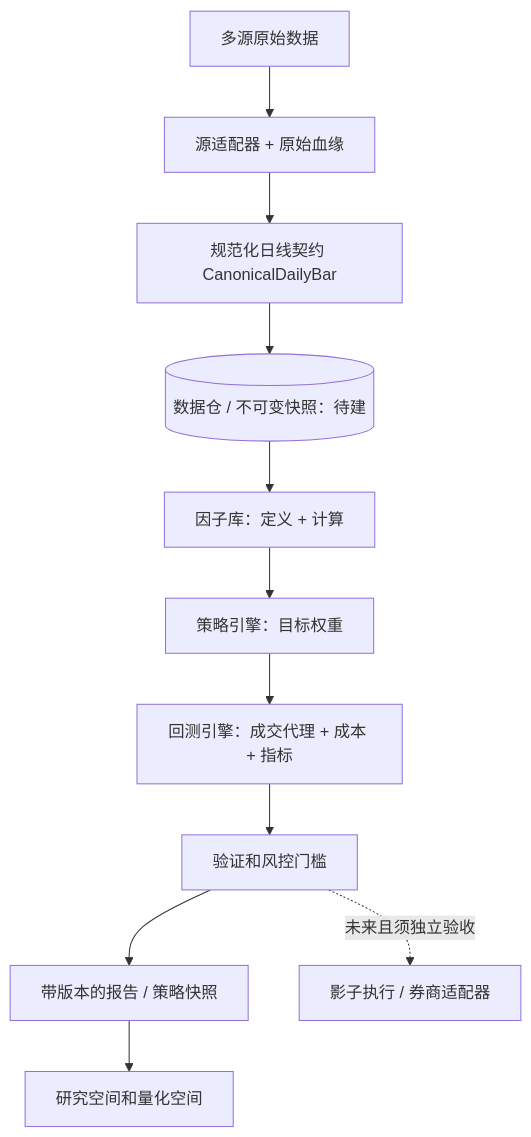
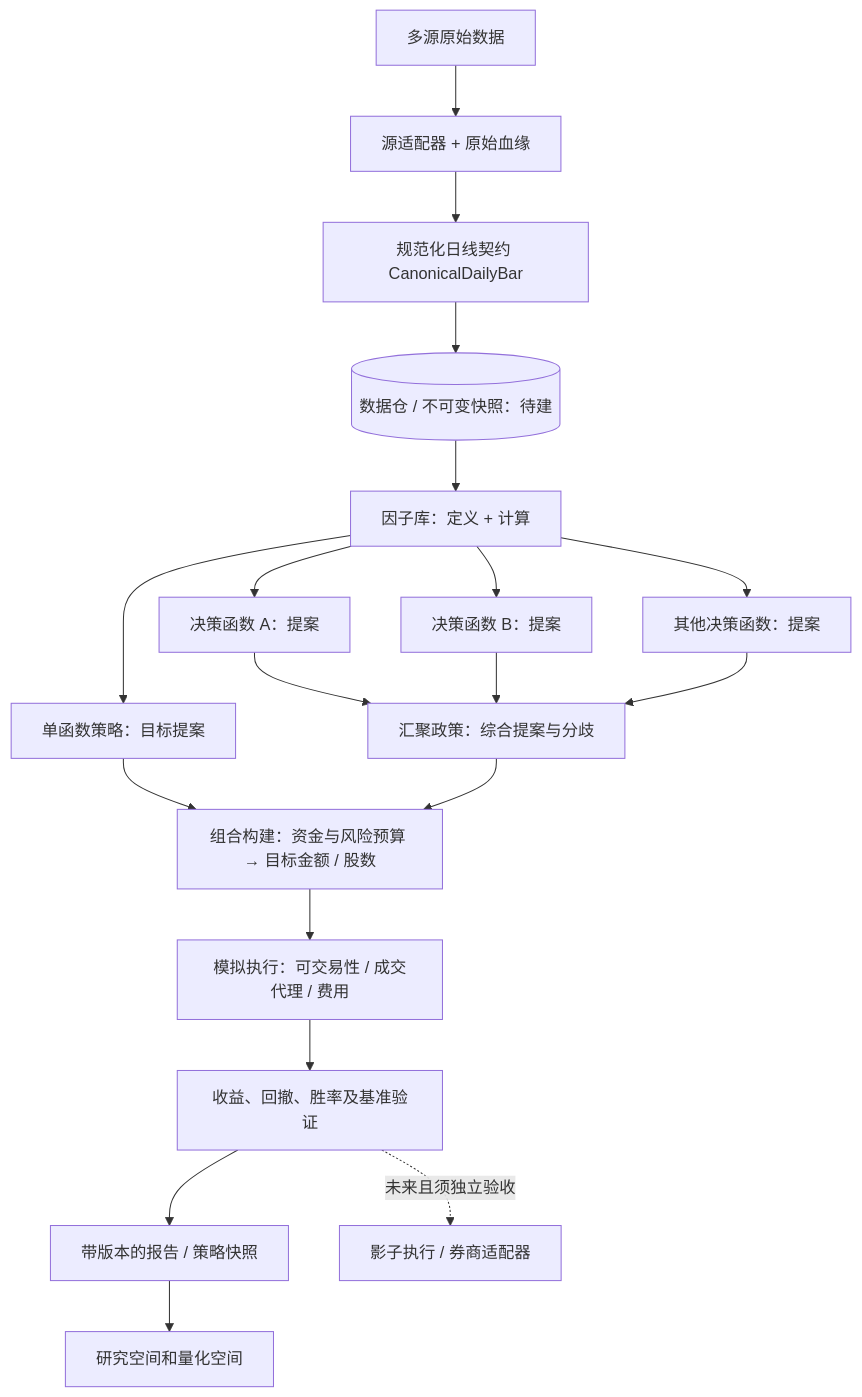
Before and after one commit to IcebergArch/invest-lab: the third of 3 diagrams in docs/system-architecture.md, drawn with Mermaid. The commit also changed other lines of this file and 140 other files, not shown here.

````diff
--- a/docs/system-architecture.md
+++ b/docs/system-architecture.md
@@ -63,13 +67,21 @@
 ```mermaid
 flowchart TB
     S[多源原始数据] --> D[源适配器 + 原始血缘]
     D --> N[规范化日线契约 CanonicalDailyBar]
     N --> X[(数据仓 / 不可变快照：待建)]
     X --> F[因子库：定义 + 计算]
-    F --> E[策略引擎：目标权重]
-    E --> B[回测引擎：成交代理 + 成本 + 指标]
-    B --> G[验证和风控门槛]
+    F --> SI[单函数策略：目标提案]
+    F --> E1[决策函数 A：提案]
+    F --> E2[决策函数 B：提案]
+    F --> EN[其他决策函数：提案]
+    E1 --> C[汇聚政策：综合提案与分歧]
+    E2 --> C
+    EN --> C
+    SI --> P[组合构建：资金与风险预算 → 目标金额 / 股数]
+    C --> P
+    P --> B[模拟执行：可交易性 / 成交代理 / 费用]
+    B --> G[收益、回撤、胜率及基准验证]
     G --> O[带版本的报告 / 策略快照]
     O --> UI[研究空间和量化空间]
     G -.未来且须独立验收.-> EX[影子执行 / 券商适配器]
 ```
````
